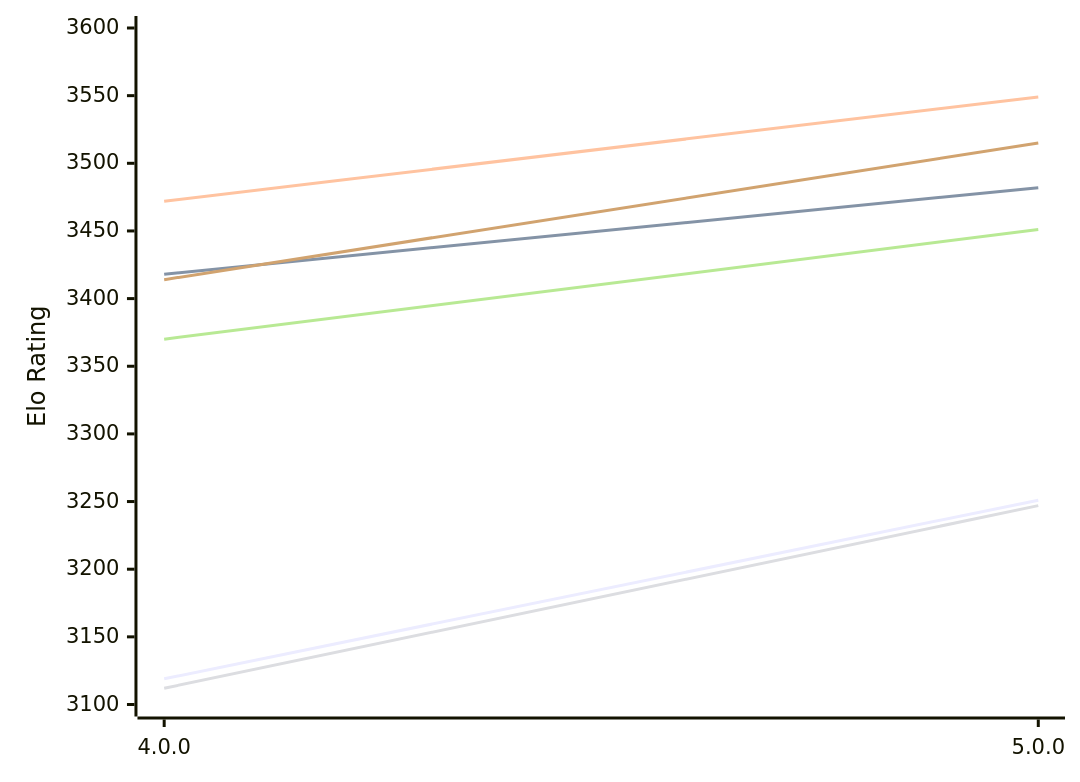
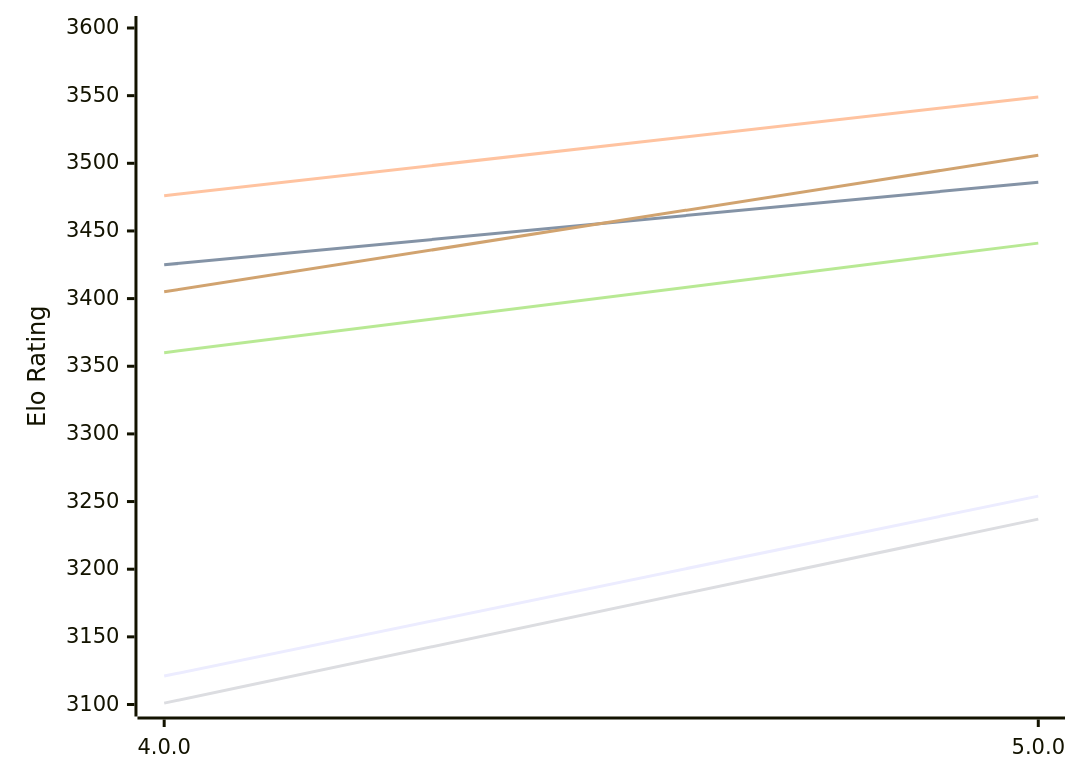
The first of 2 diagrams in engines/Avalanche.md (computer-chess-index/cci), drawn with Mermaid before and after one commit. The commit also changed other lines of this file, not shown here.

Commit message:
Update CCI Ratings (ELO VLTC) - 2026-11-15

````diff
--- a/engines/Avalanche.md
+++ b/engines/Avalanche.md
@@ -50,12 +50,12 @@
 ```mermaid
 %%{init: {"theme":"base","themeVariables":{"seriesColors:['#a3a3a3','#222221','#faa371']}}}%%
 xychart-beta
   x-axis ["4.0.0", "5.0.0"]
   y-axis "Elo Rating" 3100 --> 3600
-  line "E1: STC (8.0+0.08s)" [3119, 3251]
-  line "E1: LTC (60.0+0.60s)" [3418, 3482]
-  line "E1: VLTC (2m24s+1.12s)" [3472, 3549]
-  line "P1: STC (8.0+0.08s)" [3112, 3247]
-  line "P1: LTC (60.0+0.60s)" [3370, 3451]
-  line "P1: VLTC (2m24s+1.12s)" [3414, 3515]
+  line "E1: STC (8.0+0.08s)" [3121, 3254]
+  line "E1: LTC (60.0+0.60s)" [3425, 3486]
+  line "E1: VLTC (2m24s+1.12s)" [3476, 3549]
+  line "P1: STC (8.0+0.08s)" [3101, 3237]
+  line "P1: LTC (60.0+0.60s)" [3360, 3441]
+  line "P1: VLTC (2m24s+1.12s)" [3405, 3506]
 ```
````
